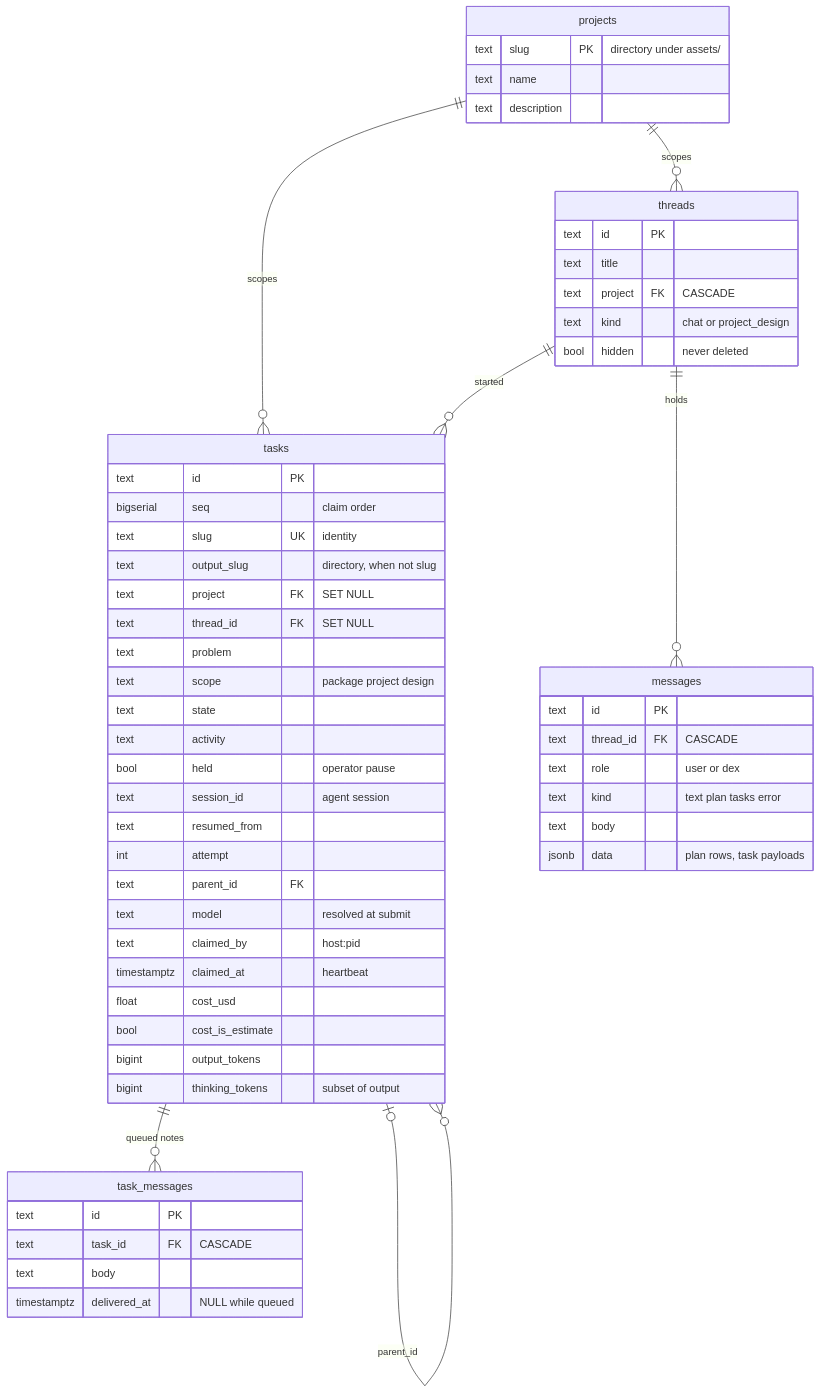
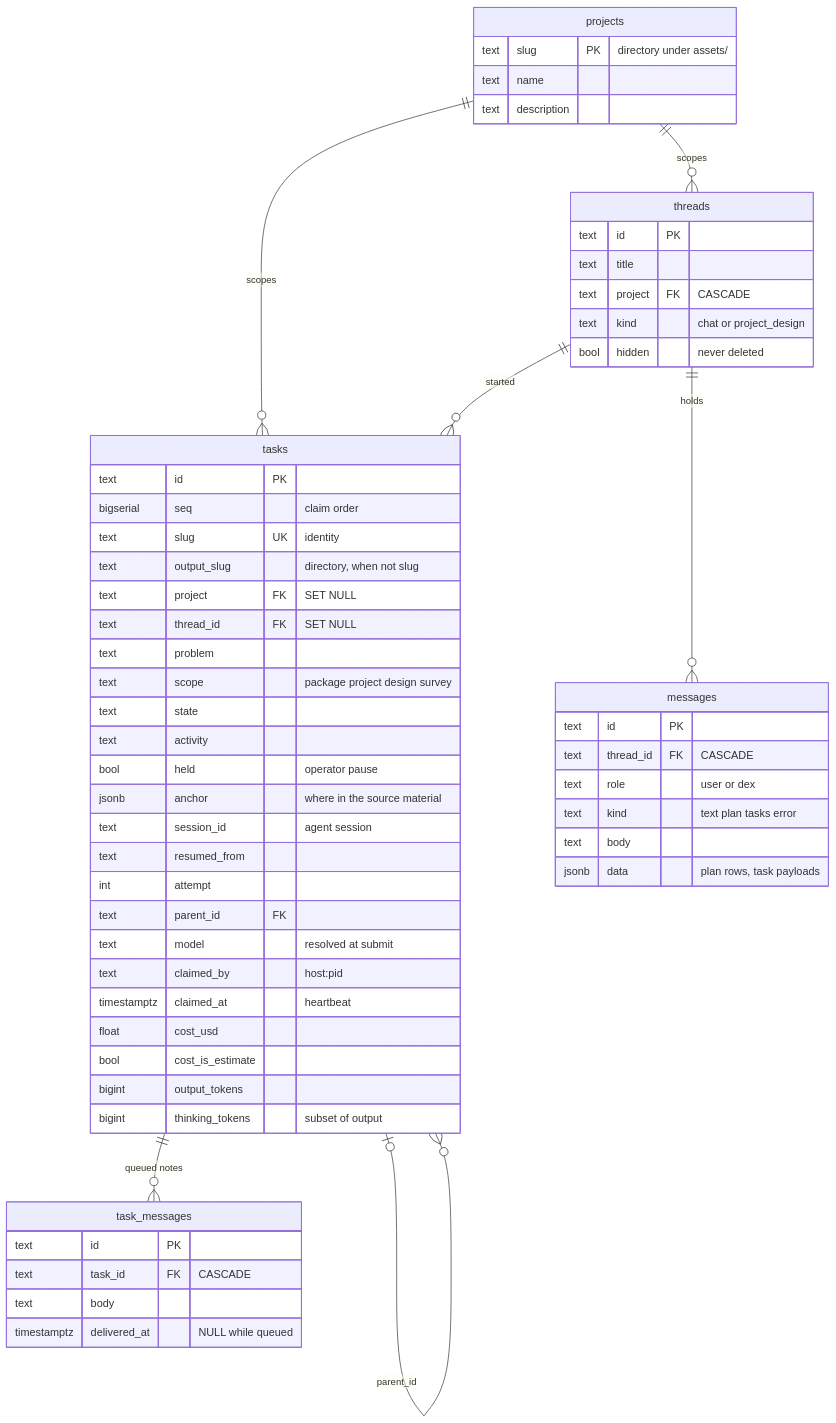
Before and after one commit to radubools/dex: the second of 8 diagrams in design/10_data_model.md, drawn with Mermaid. The commit also changed other lines of this file and 153 other files, not shown here.

````diff
--- a/design/10_data_model.md
+++ b/design/10_data_model.md
@@ -62,60 +62,61 @@
 ```mermaid
 erDiagram
     projects ||--o{ threads : scopes
     projects ||--o{ tasks : scopes
     threads ||--o{ messages : holds
     threads ||--o{ tasks : started
     tasks ||--o{ task_messages : "queued notes"
     tasks |o--o{ tasks : parent_id
 
     projects {
         text slug PK "directory under assets/"
         text name
         text description
     }
     threads {
         text id PK
         text title
         text project FK "CASCADE"
         text kind "chat or project_design"
         bool hidden "never deleted"
     }
     messages {
         text id PK
         text thread_id FK "CASCADE"
         text role "user or dex"
         text kind "text plan tasks error"
         text body
         jsonb data "plan rows, task payloads"
     }
     tasks {
         text id PK
         bigserial seq "claim order"
         text slug UK "identity"
         text output_slug "directory, when not slug"
         text project FK "SET NULL"
         text thread_id FK "SET NULL"
         text problem
-        text scope "package project design"
+        text scope "package project design survey"
         text state
         text activity
         bool held "operator pause"
+        jsonb anchor "where in the source material"
         text session_id "agent session"
         text resumed_from
         int attempt
         text parent_id FK
         text model "resolved at submit"
         text claimed_by "host:pid"
         timestamptz claimed_at "heartbeat"
         float cost_usd
         bool cost_is_estimate
         bigint output_tokens
         bigint thinking_tokens "subset of output"
     }
     task_messages {
         text id PK
         text task_id FK "CASCADE"
         text body
         timestamptz delivered_at "NULL while queued"
     }
 ```
````
